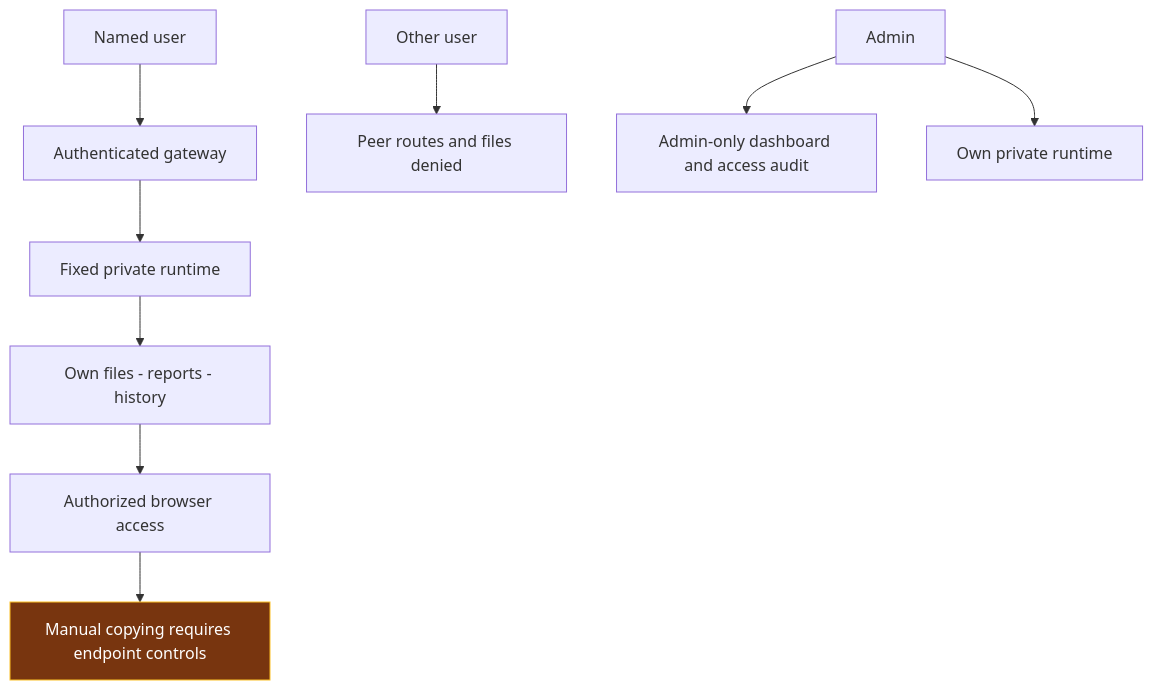
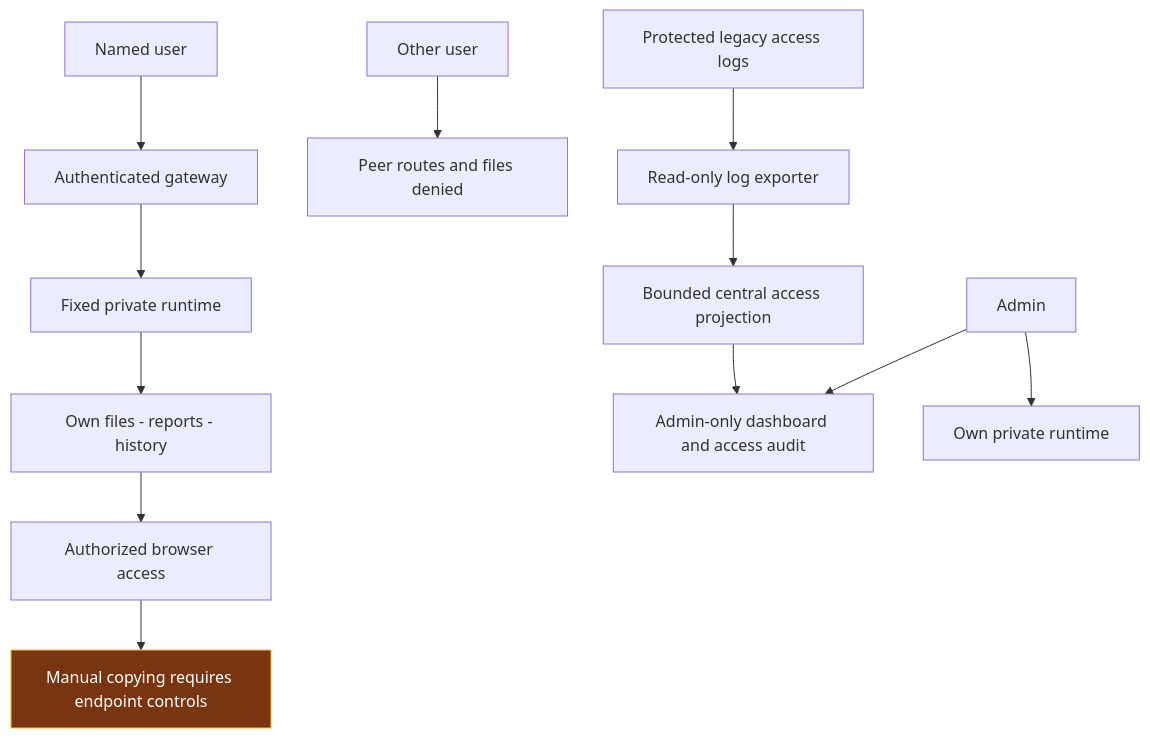
The third of 3 diagrams in docs/DSH_RDT_PILOT_SECURITY_CONTROL_ASSESSMENT.md (skunpoj/dsh_setup), drawn with Mermaid before and after one commit. The commit also changed other lines of this file and 37 other files, not shown here.

````diff
--- a/docs/DSH_RDT_PILOT_SECURITY_CONTROL_ASSESSMENT.md
+++ b/docs/DSH_RDT_PILOT_SECURITY_CONTROL_ASSESSMENT.md
@@ -155,13 +180,16 @@
 ```mermaid
 flowchart TB
  U[Named user] --> G[Authenticated gateway]
  G --> R[Fixed private runtime]
  R --> F[Own files - reports - history]
  X[Other user] --> N[Peer routes and files denied]
  A[Admin] --> D[Admin-only dashboard and access audit]
  A --> P[Own private runtime]
+ LA[Protected legacy access logs] --> EX[Read-only log exporter]
+ EX --> CP[Bounded central access projection]
+ CP --> D
  F --> B[Authorized browser access]
  B --> E[Manual copying requires endpoint controls]
  classDef boundary fill:#78350f,stroke:#fbbf24,color:#ffffff
  class E boundary
 ```
````
